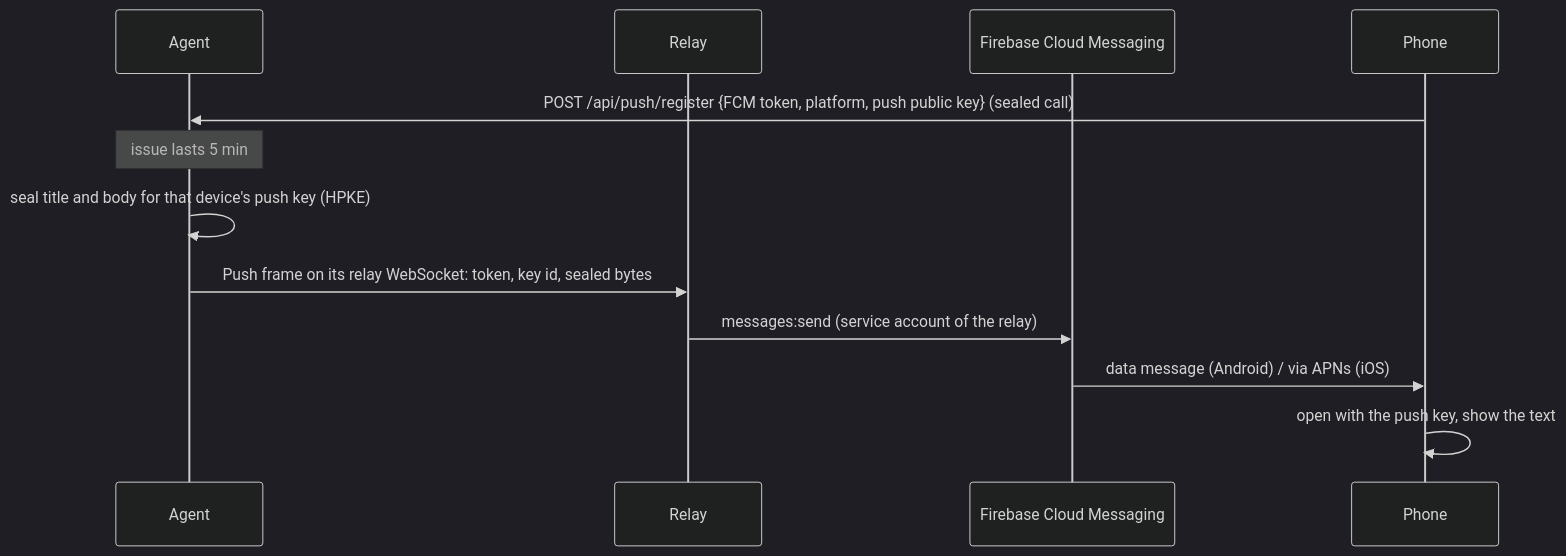
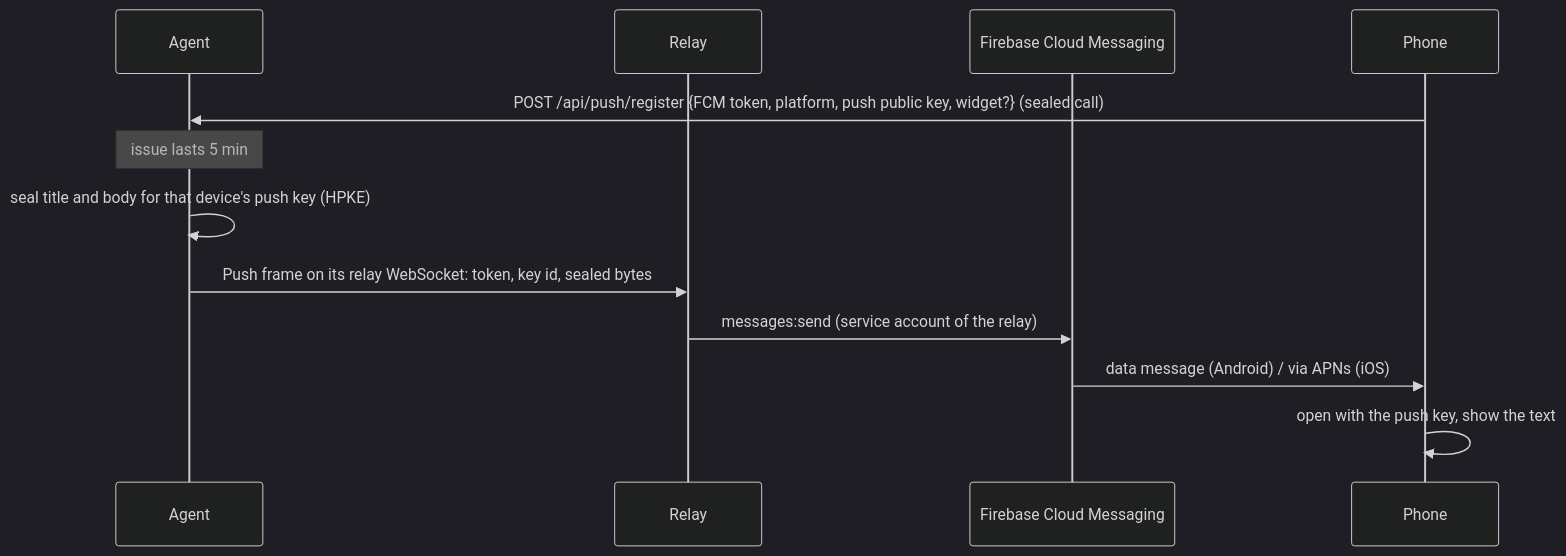
The second of 2 diagrams in docs/NOTIFICATIONS.md (kubernanny/kubernanny), drawn with Mermaid (dark theme) before and after one commit. The commit also changed other lines of this file and 8 other files, not shown here.

````diff
--- a/docs/NOTIFICATIONS.md
+++ b/docs/NOTIFICATIONS.md
@@ -114,14 +114,14 @@
 ```mermaid
 sequenceDiagram
   participant A as Agent
   participant R as Relay
   participant G as Firebase Cloud Messaging
   participant P as Phone
-  P->>A: POST /api/push/register {FCM token, platform, push public key} (sealed call)
+  P->>A: POST /api/push/register {FCM token, platform, push public key, widget?} (sealed call)
   Note over A: issue lasts 5 min
   A->>A: seal title and body for that device's push key (HPKE)
   A->>R: Push frame on its relay WebSocket: token, key id, sealed bytes
   R->>G: messages:send (service account of the relay)
   G->>P: data message (Android) / via APNs (iOS)
   P->>P: open with the push key, show the text
 ```
````
